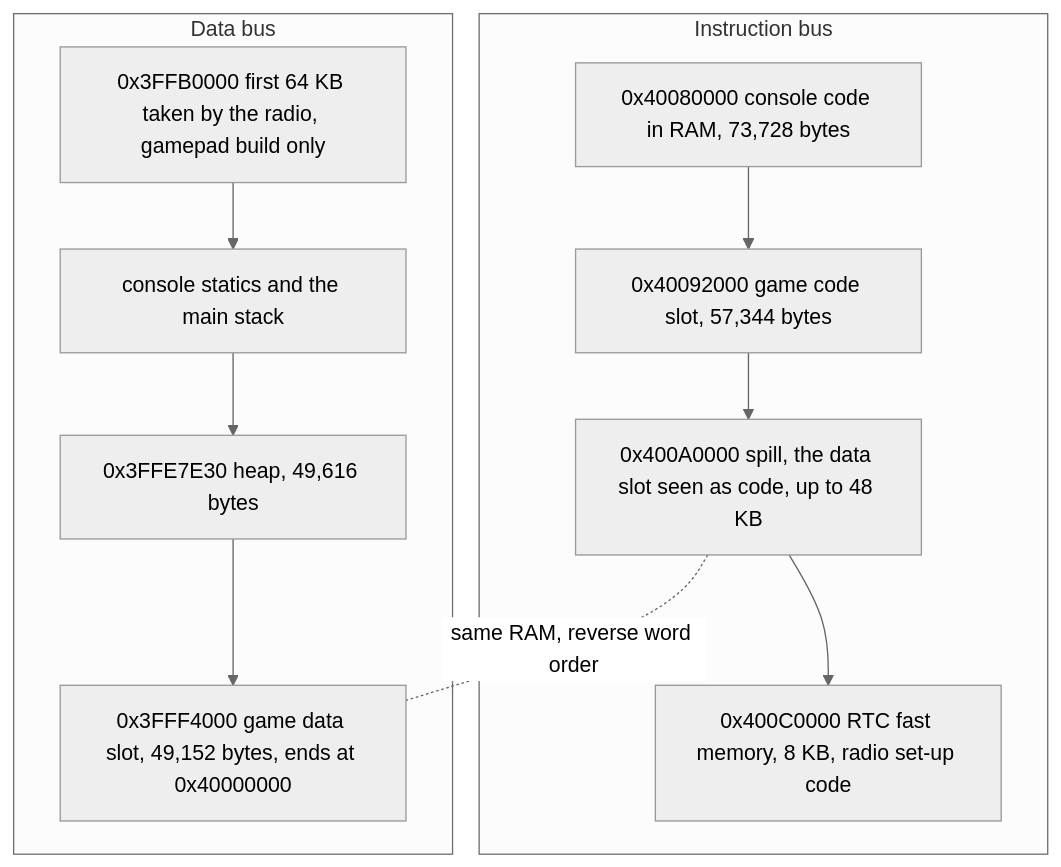
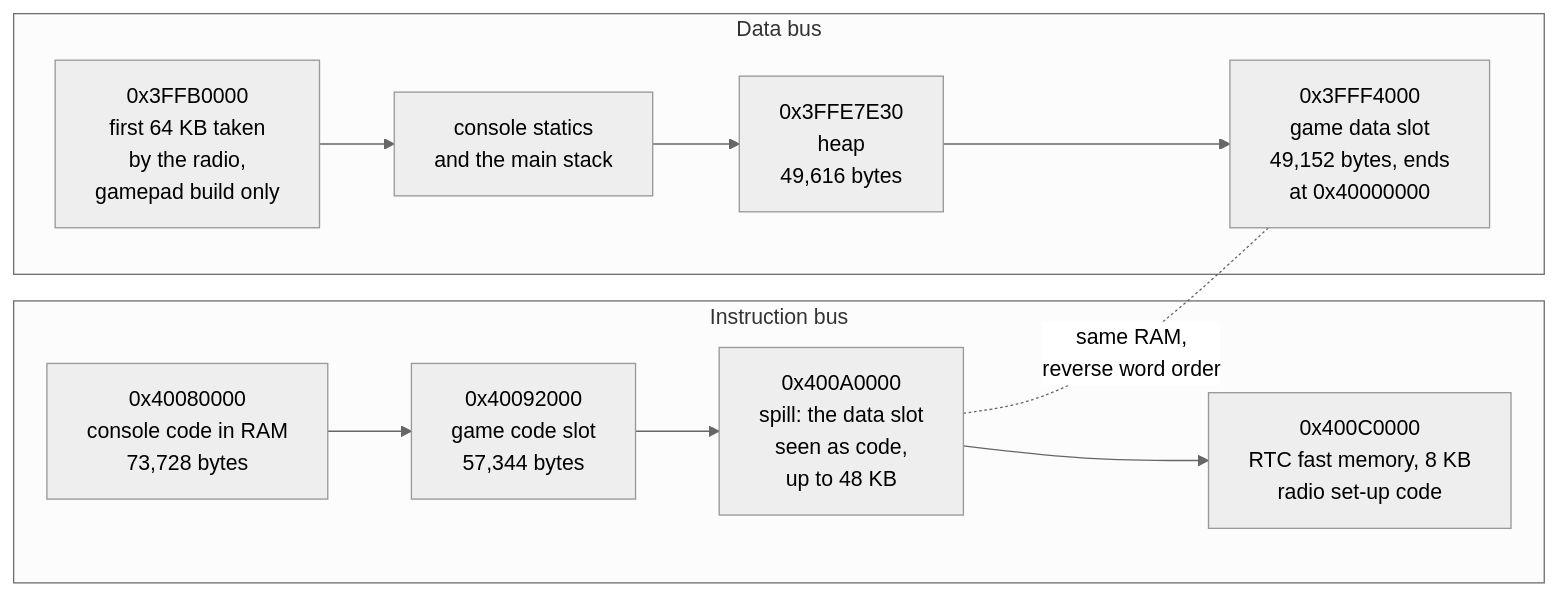
The first of 3 diagrams in docs/hardware.md (hudson-bruno/pocketme), drawn with Mermaid (neutral theme) before and after one commit. The commit also changed other lines of this file and 2 other files, not shown here.

Commit message:
docs: lay the wide diagrams out in rows
The picture path, the memory map, the partitions and the chip build
were single long chains: on GitHub they came out as tiny text or as a
very tall column. Each is now two or three short rows; the labels and
numbers are unchanged. The reconnect-only chain gets fixed line breaks.

````diff
--- a/docs/hardware.md
+++ b/docs/hardware.md
@@ -106,18 +106,18 @@
 ```mermaid
-flowchart TB
+flowchart LR
     subgraph IBUS["Instruction bus"]
-        I1["0x40080000 console code in RAM, 73,728 bytes"]
-        I2["0x40092000 game code slot, 57,344 bytes"]
-        I3["0x400A0000 spill, the data slot seen as code, up to 48 KB"]
-        I4["0x400C0000 RTC fast memory, 8 KB, radio set-up code"]
+        I1["0x40080000<br>console code in RAM<br>73,728 bytes"]
+        I2["0x40092000<br>game code slot<br>57,344 bytes"]
+        I3["0x400A0000<br>spill: the data slot<br>seen as code,<br>up to 48 KB"]
+        I4["0x400C0000<br>RTC fast memory, 8 KB<br>radio set-up code"]
         I1 --> I2 --> I3 --> I4
     end
     subgraph DBUS["Data bus"]
-        D1["0x3FFB0000 first 64 KB taken by the radio, gamepad build only"]
-        D2["console statics and the main stack"]
-        D3["0x3FFE7E30 heap, 49,616 bytes"]
-        D4["0x3FFF4000 game data slot, 49,152 bytes, ends at 0x40000000"]
+        D1["0x3FFB0000<br>first 64 KB taken<br>by the radio,<br>gamepad build only"]
+        D2["console statics<br>and the main stack"]
+        D3["0x3FFE7E30<br>heap<br>49,616 bytes"]
+        D4["0x3FFF4000<br>game data slot<br>49,152 bytes, ends<br>at 0x40000000"]
         D1 --> D2 --> D3 --> D4
     end
-    I3 -.-|"same RAM, reverse word order"| D4
+    I3 -.-|"same RAM,<br>reverse word order"| D4
 ```
````
